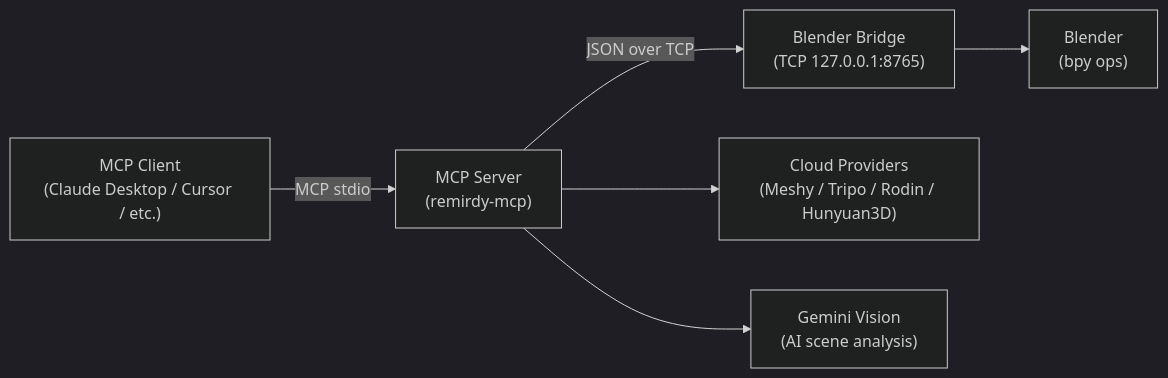
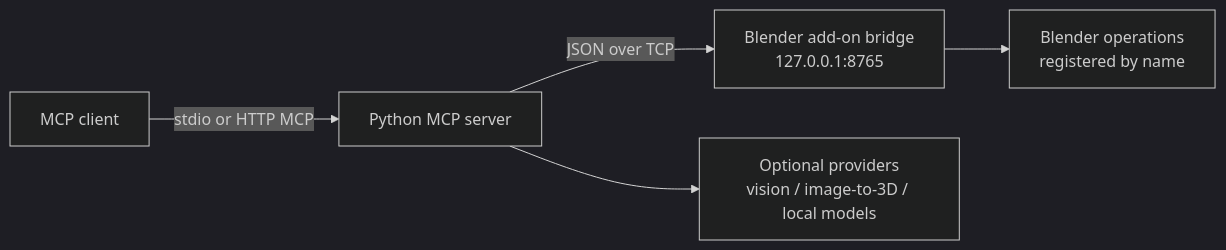
The diagram in README.md (Remirdy/BlenderMCP), drawn with Mermaid (dark theme) before and after one commit. The commit also changed other lines of this file and 50 other files, not shown here.

Commit message:
Prepare Blender MCP for public GitHub release

````diff
--- a/README.md
+++ b/README.md
@@ -14,15 +42,13 @@
 ```mermaid
 graph LR
-    Client["MCP Client\n(Claude Desktop / Cursor / etc.)"]
-    Server["MCP Server\n(remirdy-mcp)"]
-    Bridge["Blender Bridge\n(TCP 127.0.0.1:8765)"]
-    Blender["Blender\n(bpy ops)"]
-    Providers["Cloud Providers\n(Meshy / Tripo / Rodin / Hunyuan3D)"]
-    Vision["Gemini Vision\n(AI scene analysis)"]
+    Client["MCP client"]
+    Server["Python MCP server"]
+    Bridge["Blender add-on bridge\n127.0.0.1:8765"]
+    Blender["Blender operations\nregistered by name"]
+    Providers["Optional providers\nvision / image-to-3D / local models"]
 
-    Client -->|"MCP stdio"| Server
+    Client -->|"stdio or HTTP MCP"| Server
     Server -->|"JSON over TCP"| Bridge
     Bridge --> Blender
     Server --> Providers
-    Server --> Vision
 ```
````
